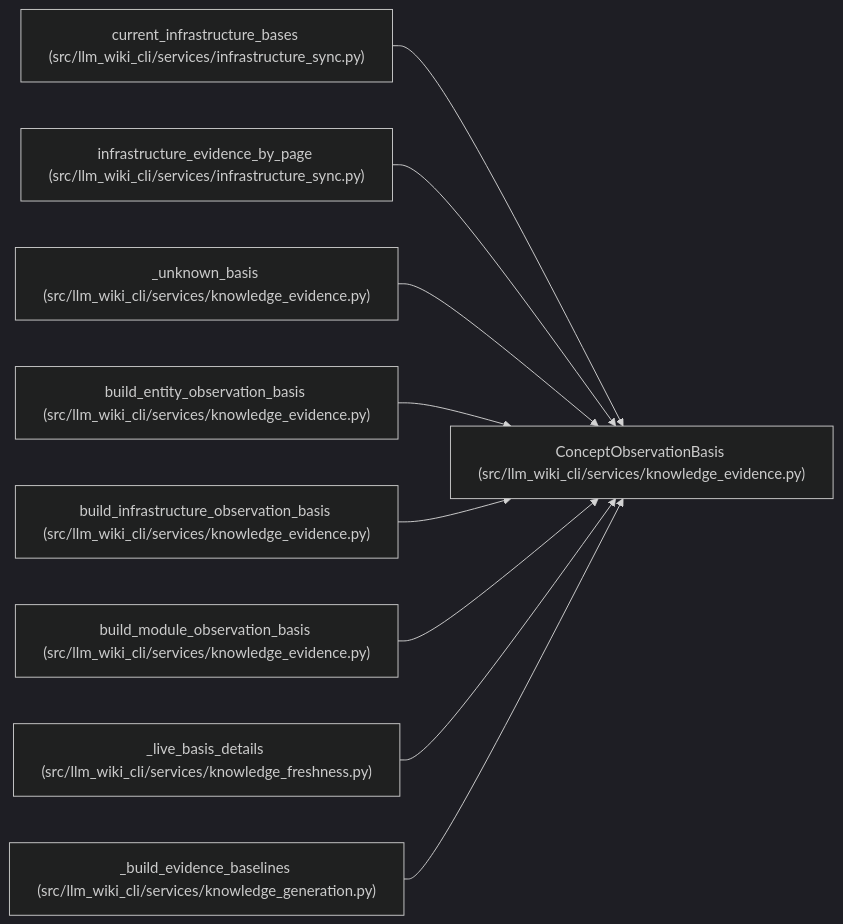
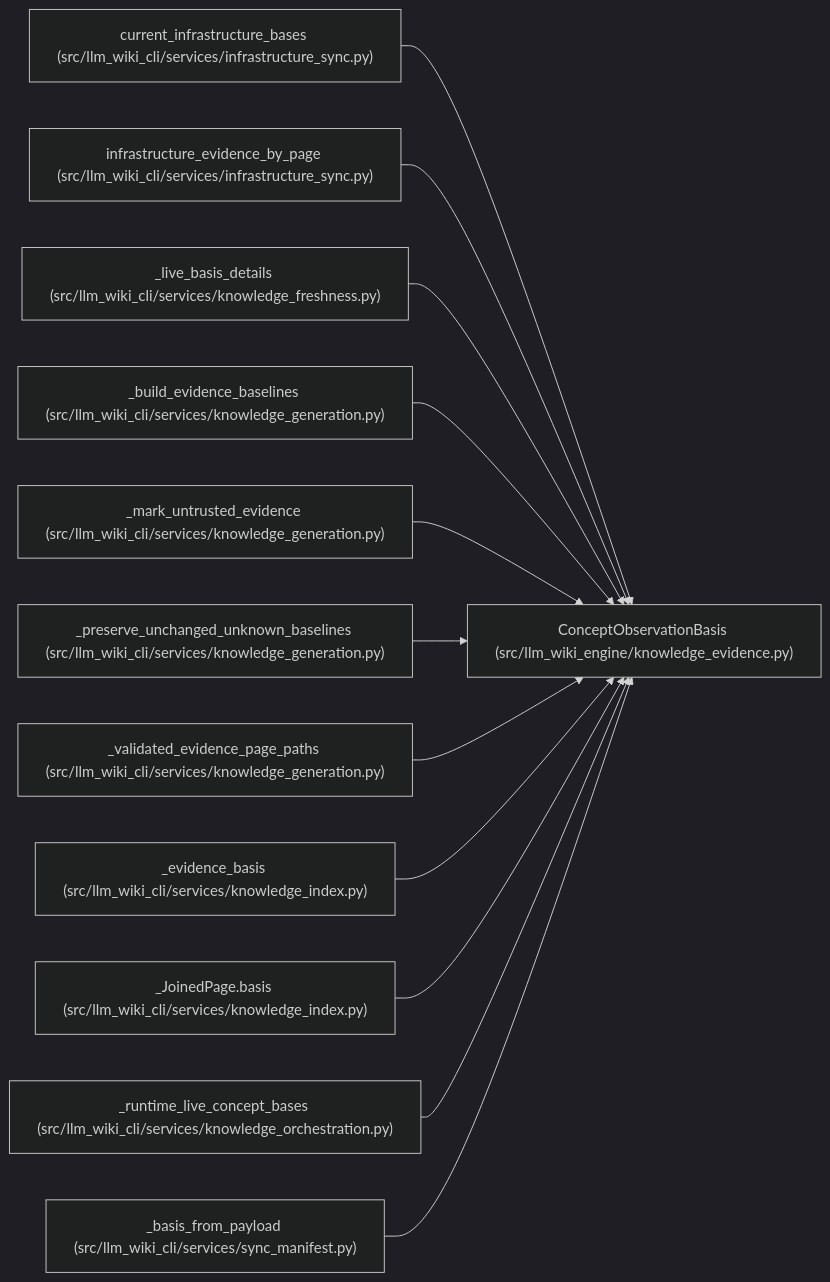
Before and after one commit to Denissvgn/python-wiki-llm: the diagram in docs/llm_wiki/entities/ConceptObservationBasis.md, drawn with Mermaid (dark theme). The commit also changed other lines of this file and 1103 other files, not shown here.

First line of the commit message:
docs: refresh the wiki for the llm-wiki-engine distribution

````diff
--- a/docs/llm_wiki/entities/ConceptObservationBasis.md
+++ b/docs/llm_wiki/entities/ConceptObservationBasis.md
@@ -47,29 +47,38 @@
 ```mermaid
 flowchart LR
-    n0["ConceptObservationBasis (src/llm_wiki_cli/services/knowledge_evidence.py)"]
+    n0["ConceptObservationBasis (src/llm_wiki_engine/knowledge_evidence.py)"]
     n1["current_infrastructure_bases (src/llm_wiki_cli/services/infrastructure_sync.py)"]
     n2["infrastructure_evidence_by_page (src/llm_wiki_cli/services/infrastructure_sync.py)"]
-    n3["_unknown_basis (src/llm_wiki_cli/services/knowledge_evidence.py)"]
-    n4["build_entity_observation_basis (src/llm_wiki_cli/services/knowledge_evidence.py)"]
-    n5["build_infrastructure_observation_basis (src/llm_wiki_cli/services/knowledge_evidence.py)"]
-    n6["build_module_observation_basis (src/llm_wiki_cli/services/knowledge_evidence.py)"]
-    n7["_live_basis_details (src/llm_wiki_cli/services/knowledge_freshness.py)"]
-    n8["_build_evidence_baselines (src/llm_wiki_cli/services/knowledge_generation.py)"]
+    n3["_live_basis_details (src/llm_wiki_cli/services/knowledge_freshness.py)"]
+    n4["_build_evidence_baselines (src/llm_wiki_cli/services/knowledge_generation.py)"]
+    n5["_mark_untrusted_evidence (src/llm_wiki_cli/services/knowledge_generation.py)"]
+    n6["_preserve_unchanged_unknown_baselines (src/llm_wiki_cli/services/knowledge_generation.py)"]
+    n7["_validated_evidence_page_paths (src/llm_wiki_cli/services/knowledge_generation.py)"]
+    n8["_evidence_basis (src/llm_wiki_cli/services/knowledge_index.py)"]
+    n9["_JoinedPage.basis (src/llm_wiki_cli/services/knowledge_index.py)"]
+    n10["_runtime_live_concept_bases (src/llm_wiki_cli/services/knowledge_orchestration.py)"]
+    n11["_basis_from_payload (src/llm_wiki_cli/services/sync_manifest.py)"]
     n1 --> n0
     n2 --> n0
     n3 --> n0
     n4 --> n0
     n5 --> n0
     n6 --> n0
     n7 --> n0
     n8 --> n0
+    n9 --> n0
+    n10 --> n0
+    n11 --> n0
     click n0 "../modules/knowledge_evidence.md"
     click n1 "../modules/infrastructure_sync.md"
     click n2 "../modules/infrastructure_sync.md"
-    click n3 "../modules/knowledge_evidence.md"
-    click n4 "../modules/knowledge_evidence.md"
-    click n5 "../modules/knowledge_evidence.md"
-    click n6 "../modules/knowledge_evidence.md"
-    click n7 "../modules/knowledge_freshness.md"
-    click n8 "../modules/knowledge_generation.md"
+    click n3 "../modules/knowledge_freshness.md"
+    click n4 "../modules/knowledge_generation.md"
+    click n5 "../modules/knowledge_generation.md"
+    click n6 "../modules/knowledge_generation.md"
+    click n7 "../modules/knowledge_generation.md"
+    click n8 "../modules/knowledge_index.md"
+    click n9 "../modules/knowledge_index.md"
+    click n10 "../modules/knowledge_orchestration.md"
+    click n11 "../modules/sync_manifest.md"
 ```
````
